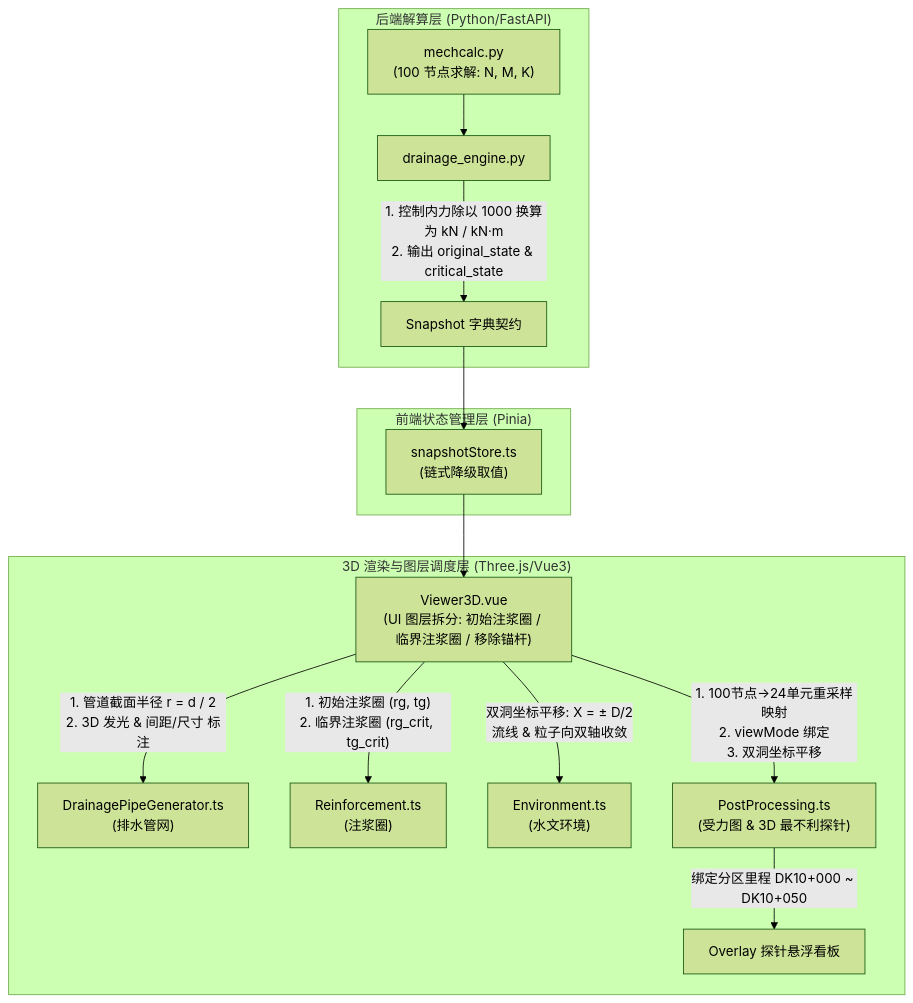
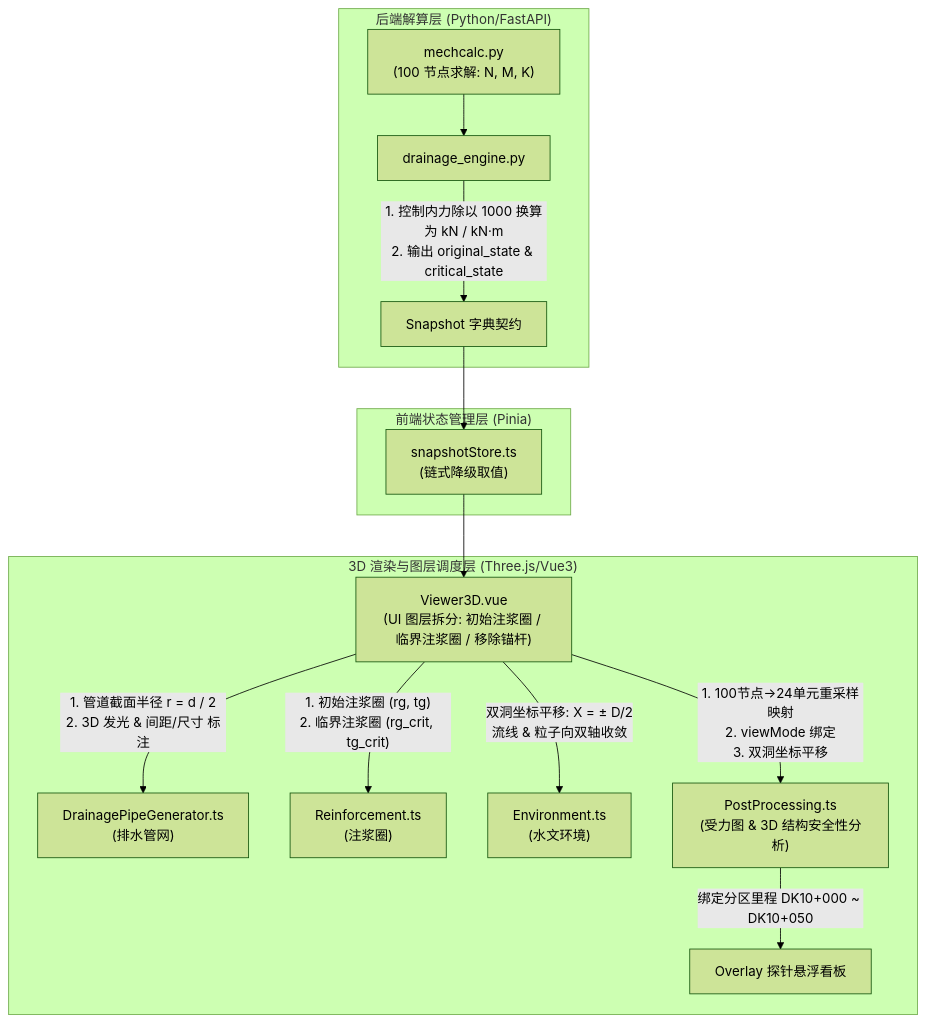
Before and after one commit to TREYWANGCQU/on-a-Drainage-Adaptive-Platform: the diagram in doc/wiki_staging/Phase4-3D-Model-Fix-Plan.md, drawn with Mermaid (forest theme). The commit also changed other lines of this file and 26 other files, not shown here.

````diff
--- a/doc/wiki_staging/Phase4-3D-Model-Fix-Plan.md
+++ b/doc/wiki_staging/Phase4-3D-Model-Fix-Plan.md
@@ -51,22 +51,22 @@
 ```mermaid
 flowchart TD
     subgraph Backend ["后端解算层 (Python/FastAPI)"]
         MC["mechcalc.py<br/>(100 节点求解: N, M, K)"] --> DE["drainage_engine.py"]
         DE --> |"1. 控制内力除以 1000 换算为 kN / kN·m<br/>2. 输出 original_state & critical_state"| Dict["Snapshot 字典契约"]
     end
 
     subgraph Frontend_Store ["前端状态管理层 (Pinia)"]
         Dict --> Store["snapshotStore.ts<br/>(链式降级取值)"]
     end
 
     subgraph Frontend_3D_Engine ["3D 渲染与图层调度层 (Three.js/Vue3)"]
         Store --> V3D["Viewer3D.vue<br/>(UI 图层拆分: 初始注浆圈 / 临界注浆圈 / 移除锚杆)"]
         
         V3D --> |"1. 管道截面半径 r = d / 2<br/>2. 3D 发光 & 间距/尺寸 标注"| DPG["DrainagePipeGenerator.ts<br/>(排水管网)"]
         V3D --> |"1. 初始注浆圈 (rg, tg)<br/>2. 临界注浆圈 (rg_crit, tg_crit)"| RM["Reinforcement.ts<br/>(注浆圈)"]
         V3D --> |"双洞坐标平移: X = ± D/2<br/>流线 & 粒子向双轴收敛"| ENV["Environment.ts<br/>(水文环境)"]
-        V3D --> |"1. 100节点->24单元重采样映射<br/>2. viewMode 绑定<br/>3. 双洞坐标平移"| PP["PostProcessing.ts<br/>(受力图 & 3D 最不利探针)"]
+        V3D --> |"1. 100节点->24单元重采样映射<br/>2. viewMode 绑定<br/>3. 双洞坐标平移"| PP["PostProcessing.ts<br/>(受力图 & 3D 结构安全性分析)"]
         
         PP --> |"绑定分区里程 DK10+000 ~ DK10+050"| Overlay["Overlay 探针悬浮看板"]
     end
 ```
````
